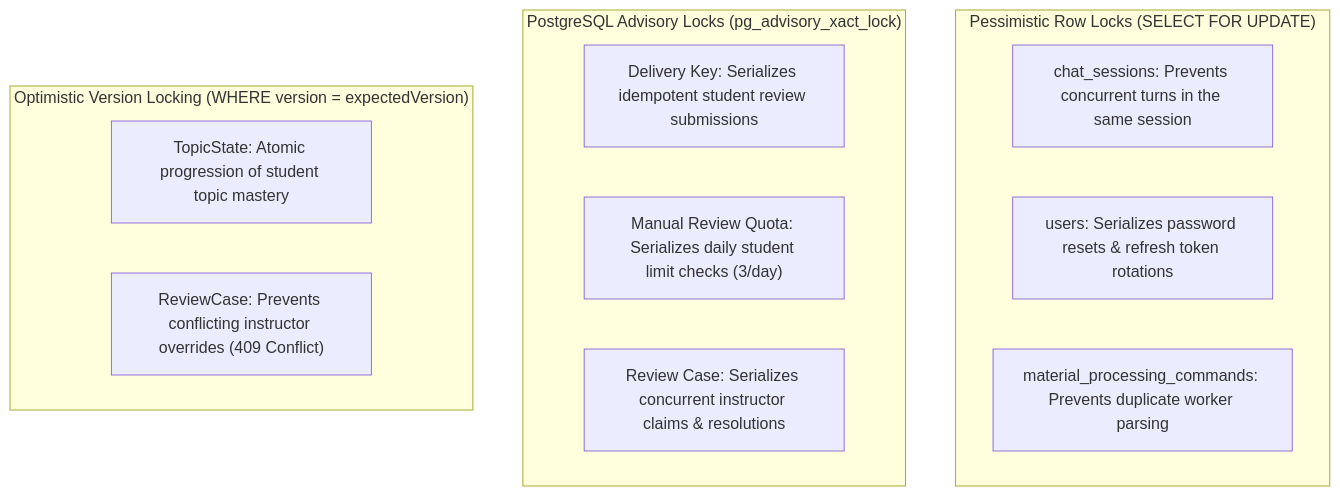
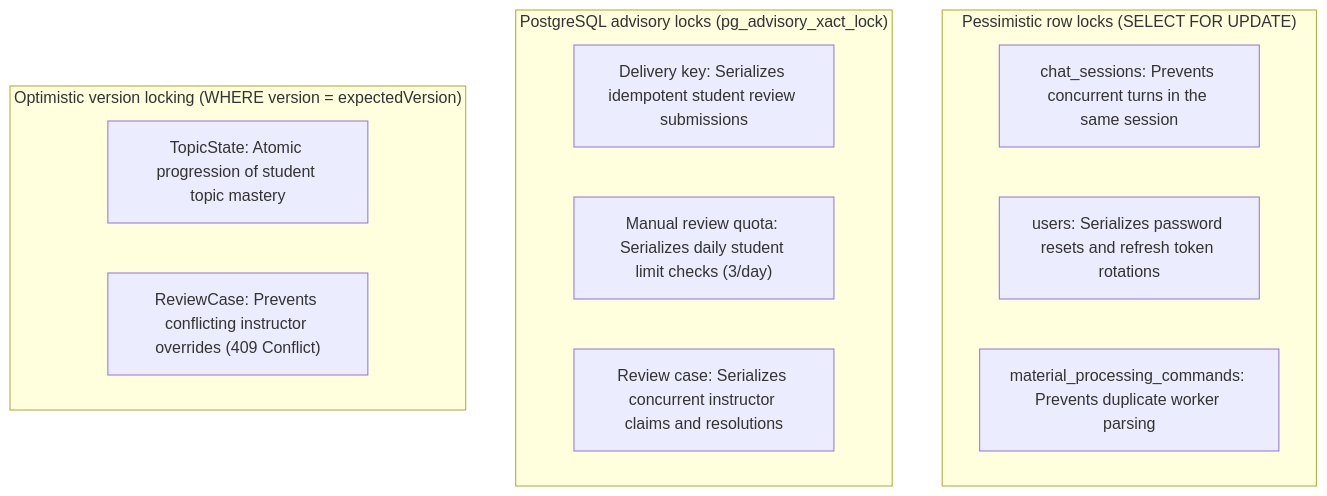
Before and after one commit to MahmoudAhmed184/Morshid: the second of 3 diagrams in docs/developer-guide/15-error-handling-and-resilience.md, drawn with Mermaid. The commit also changed other lines of this file and 19 other files, not shown here.

````diff
--- a/docs/developer-guide/15-error-handling-and-resilience.md
+++ b/docs/developer-guide/15-error-handling-and-resilience.md
@@ -48,19 +49,19 @@
 ```mermaid
 graph TD
-    subgraph PessimisticLocks["Pessimistic Row Locks (SELECT FOR UPDATE)"]
+    subgraph PessimisticLocks["Pessimistic row locks (SELECT FOR UPDATE)"]
         L1["chat_sessions: Prevents concurrent turns in the same session"]
-        L2["users: Serializes password resets & refresh token rotations"]
+        L2["users: Serializes password resets and refresh token rotations"]
         L3["material_processing_commands: Prevents duplicate worker parsing"]
     end
 
-    subgraph AdvisoryLocks["PostgreSQL Advisory Locks (pg_advisory_xact_lock)"]
-        A1["Delivery Key: Serializes idempotent student review submissions"]
-        A2["Manual Review Quota: Serializes daily student limit checks (3/day)"]
-        A3["Review Case: Serializes concurrent instructor claims & resolutions"]
+    subgraph AdvisoryLocks["PostgreSQL advisory locks (pg_advisory_xact_lock)"]
+        A1["Delivery key: Serializes idempotent student review submissions"]
+        A2["Manual review quota: Serializes daily student limit checks (3/day)"]
+        A3["Review case: Serializes concurrent instructor claims and resolutions"]
     end
 
-    subgraph OptimisticLocks["Optimistic Version Locking (WHERE version = expectedVersion)"]
+    subgraph OptimisticLocks["Optimistic version locking (WHERE version = expectedVersion)"]
         O1["TopicState: Atomic progression of student topic mastery"]
         O2["ReviewCase: Prevents conflicting instructor overrides (409 Conflict)"]
     end
 ```
````
